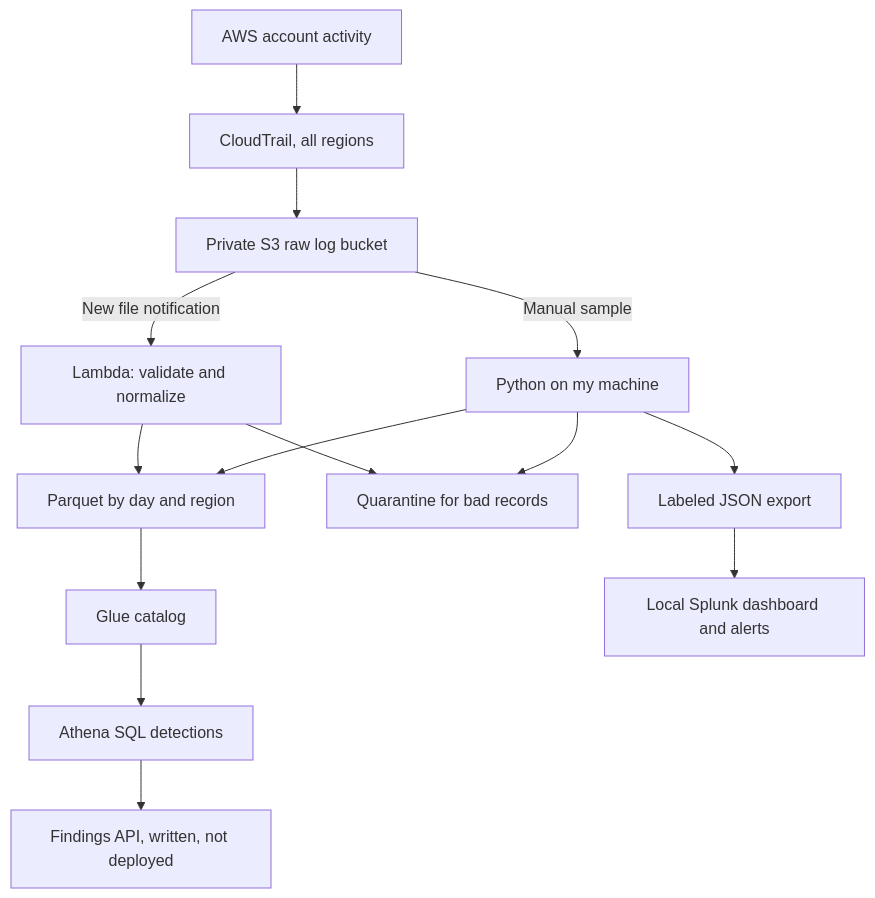
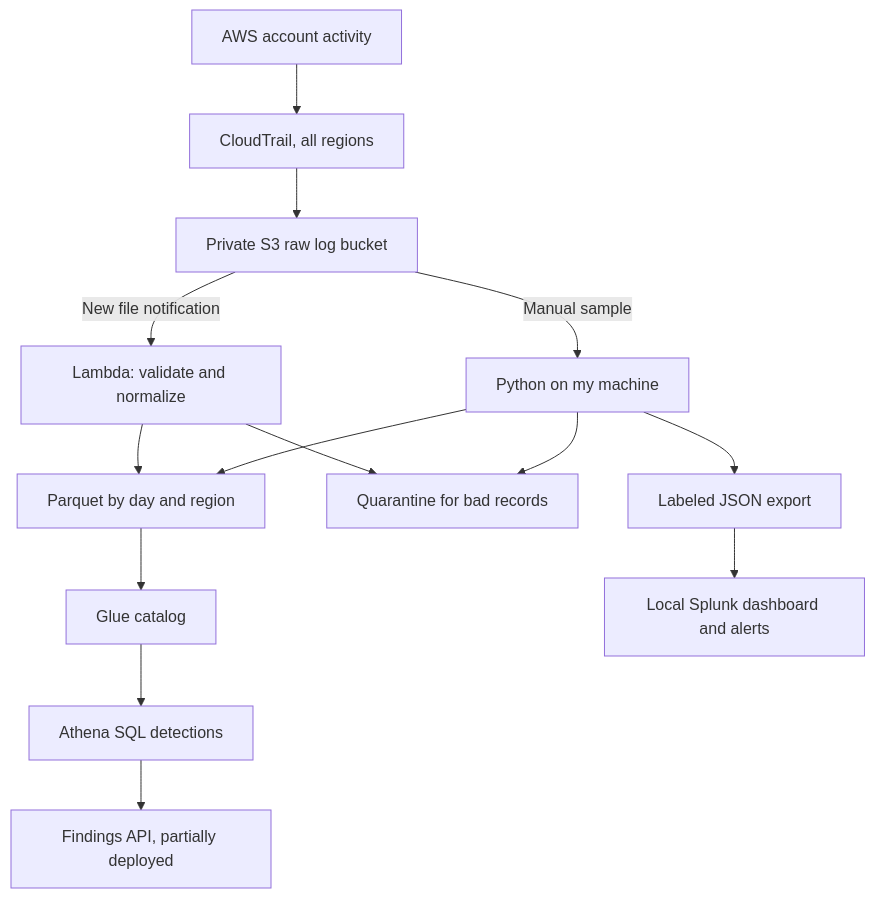
Before and after one commit to echeekene/Cloud-detection-pipeline: the diagram in README.md, drawn with Mermaid. The commit also changed other lines of this file and 3 other files, not shown here.

First line of the commit message:
Record partial findings API deployment and how to resume

````diff
--- a/README.md
+++ b/README.md
@@ -29,16 +29,16 @@
 ```mermaid
 flowchart TD
     A[AWS account activity] --> B[CloudTrail, all regions]
     B --> C[Private S3 raw log bucket]
     C -->|New file notification| D[Lambda: validate and normalize]
     C -->|Manual sample| E[Python on my machine]
     D --> F[Parquet by day and region]
     E --> F
     D --> G[Quarantine for bad records]
     E --> G
     F --> H[Glue catalog]
     H --> I[Athena SQL detections]
     E --> J[Labeled JSON export]
     J --> K[Local Splunk dashboard and alerts]
-    I --> L[Findings API, written, not deployed]
+    I --> L[Findings API, partially deployed]
 ```
````
